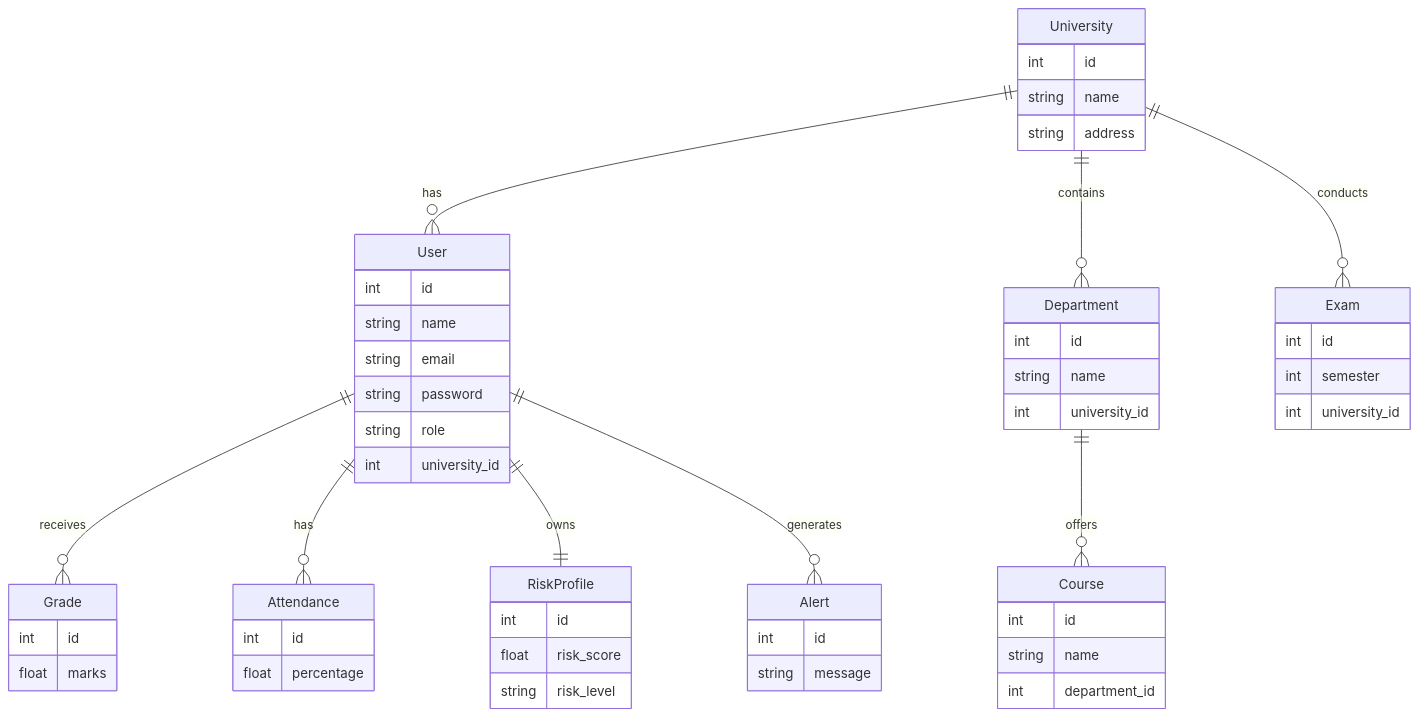
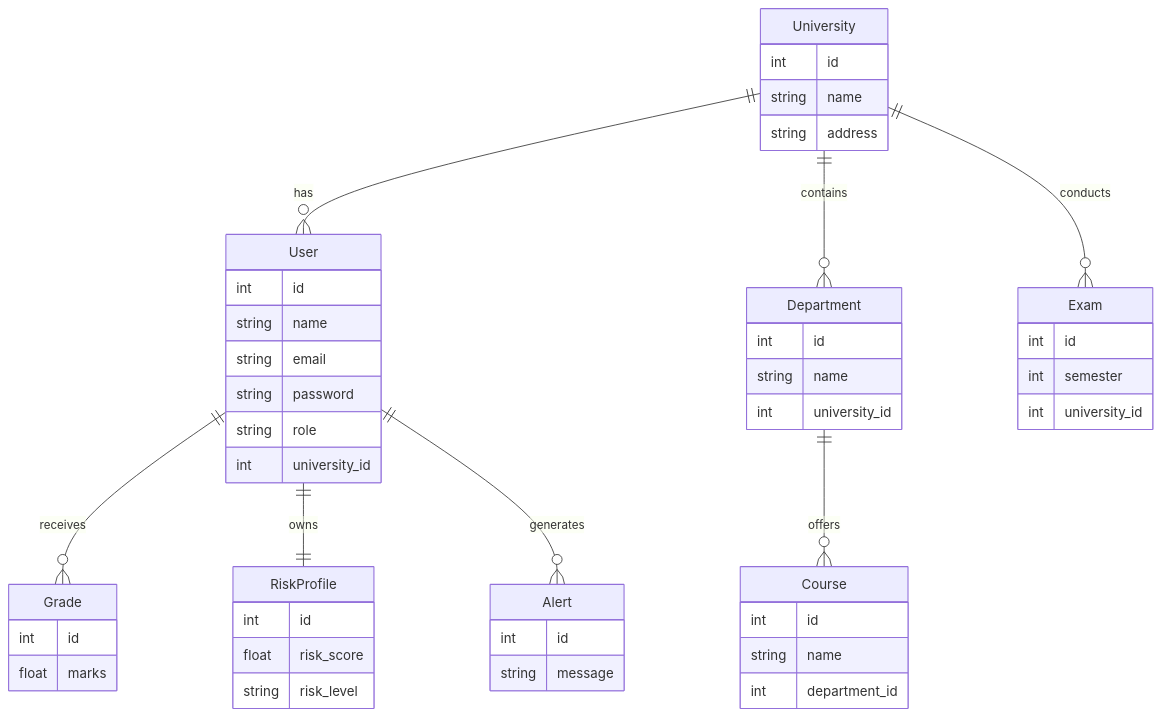
The diagram in ErDiagram.md (wiz-AR-d/UniMetrics), drawn with Mermaid before and after one commit. The commit also changed 2 other files, not shown here.

Commit message:
docs: Synchronize idea and UML diagrams with final implementation

````diff
--- a/ErDiagram.md
+++ b/ErDiagram.md
@@ -3,66 +3,63 @@
 ```mermaid
 erDiagram
 
 University ||--o{ User : has
 University ||--o{ Department : contains
 Department ||--o{ Course : offers
 University ||--o{ Exam : conducts
 User ||--o{ Grade : receives
-User ||--o{ Attendance : has
+
 User ||--|| RiskProfile : owns
 User ||--o{ Alert : generates
 
 University {
   int id
   string name
   string address
 }
 
 User {
   int id
   string name
   string email
   string password
   string role
   int university_id
 }
 
 Department {
   int id
   string name
   int university_id
 }
 
 Course {
   int id
   string name
   int department_id
 }
 
 Exam {
   int id
   int semester
   int university_id
 }
 
 Grade {
   int id
   float marks
 }
 
-Attendance {
-  int id
-  float percentage
-}
+
 
 RiskProfile {
   int id
   float risk_score
   string risk_level
 }
 
 Alert {
   int id
   string message
 }
 ```
````
